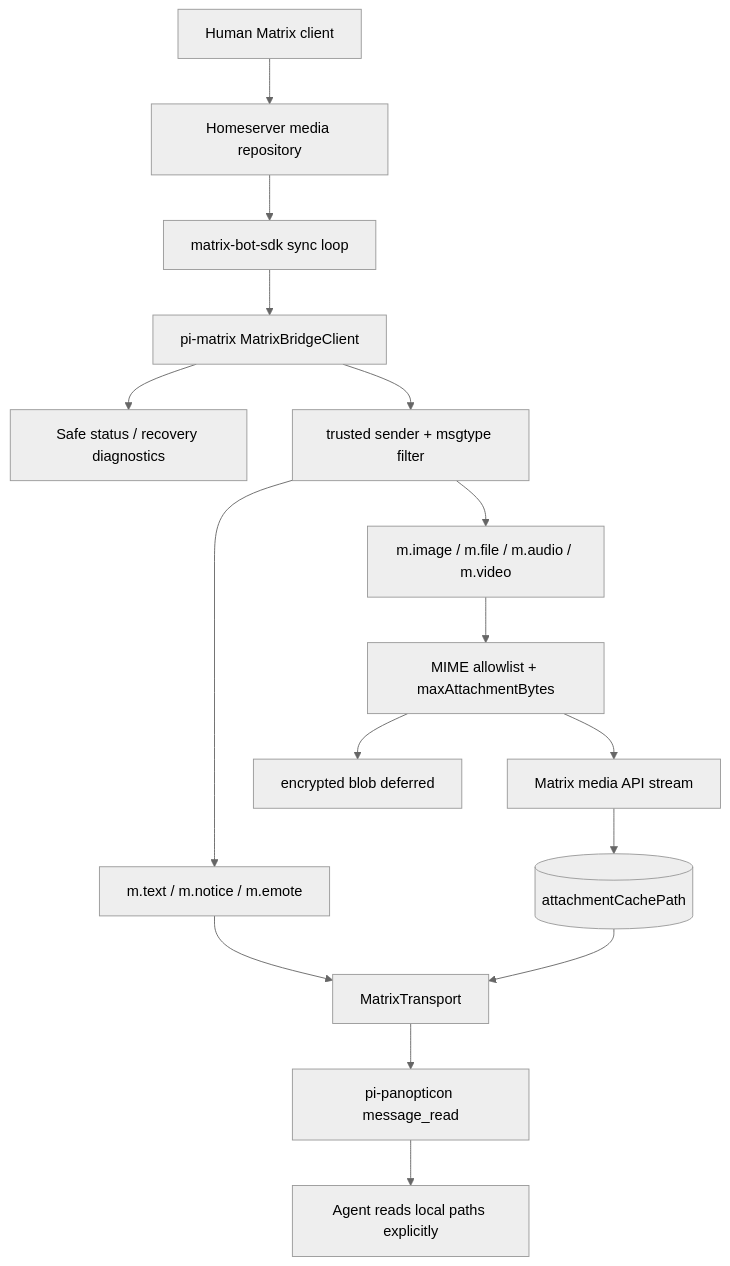
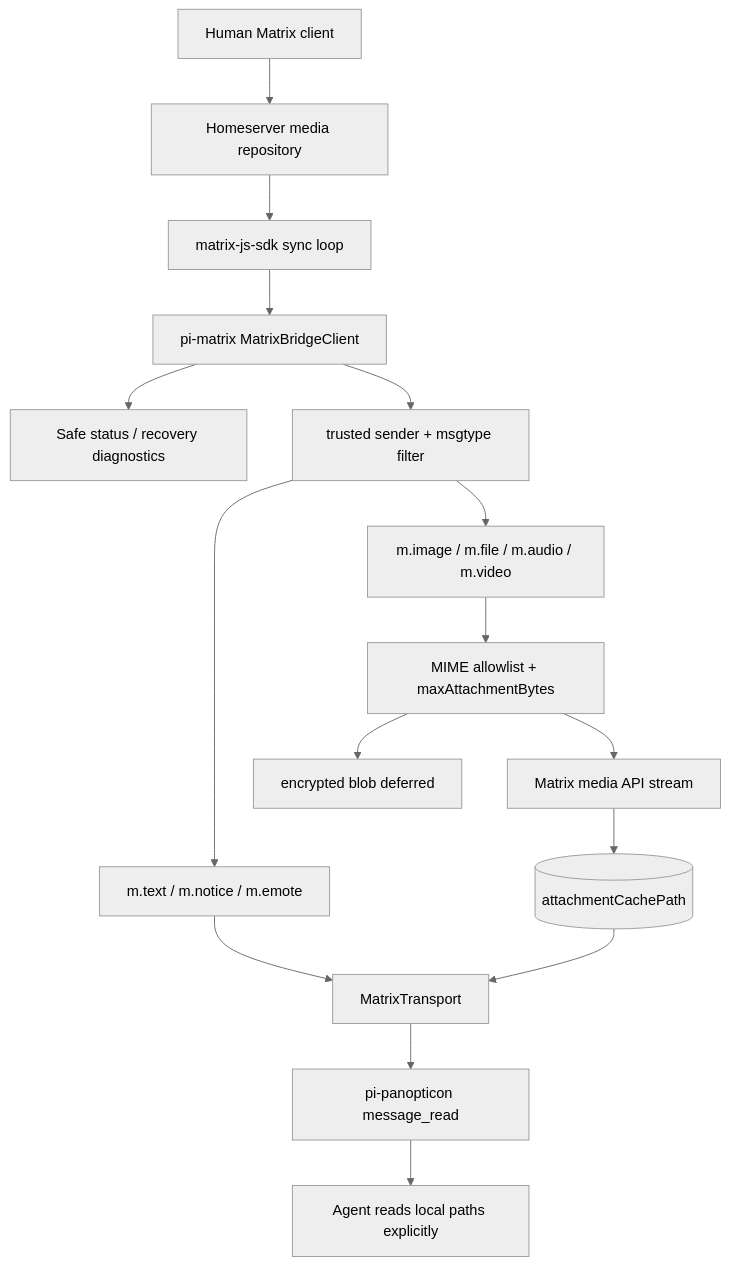
Before and after one commit to tS7hKamAYL84j91/pi-tools-and-skills: diagram 15 of 21 in docs/architecture.md, drawn with Mermaid (neutral theme). The commit also changed other lines of this file and 139 other files, not shown here.

````diff
--- a/docs/architecture.md
+++ b/docs/architecture.md
@@ -484,18 +538,18 @@
 ```mermaid
 flowchart TD
   Human[Human Matrix client] --> HS[Homeserver media repository]
-  HS --> SDK[matrix-bot-sdk sync loop]
+  HS --> SDK[matrix-js-sdk sync loop]
   SDK --> Matrix[pi-matrix MatrixBridgeClient]
   Matrix --> Diagnostics[Safe status / recovery diagnostics]
   Matrix --> Filter[trusted sender + msgtype filter]
   Filter --> Text[m.text / m.notice / m.emote]
   Filter --> Media[m.image / m.file / m.audio / m.video]
   Media --> Gates[MIME allowlist + maxAttachmentBytes]
   Gates --> Download[Matrix media API stream]
   Gates --> Deferred[encrypted blob deferred]
   Download --> Cache[(attachmentCachePath)]
   Text --> Transport[MatrixTransport]
   Cache --> Transport
   Transport --> Panopticon[pi-panopticon message_read]
   Panopticon --> Agent[Agent reads local paths explicitly]
 ```
````
